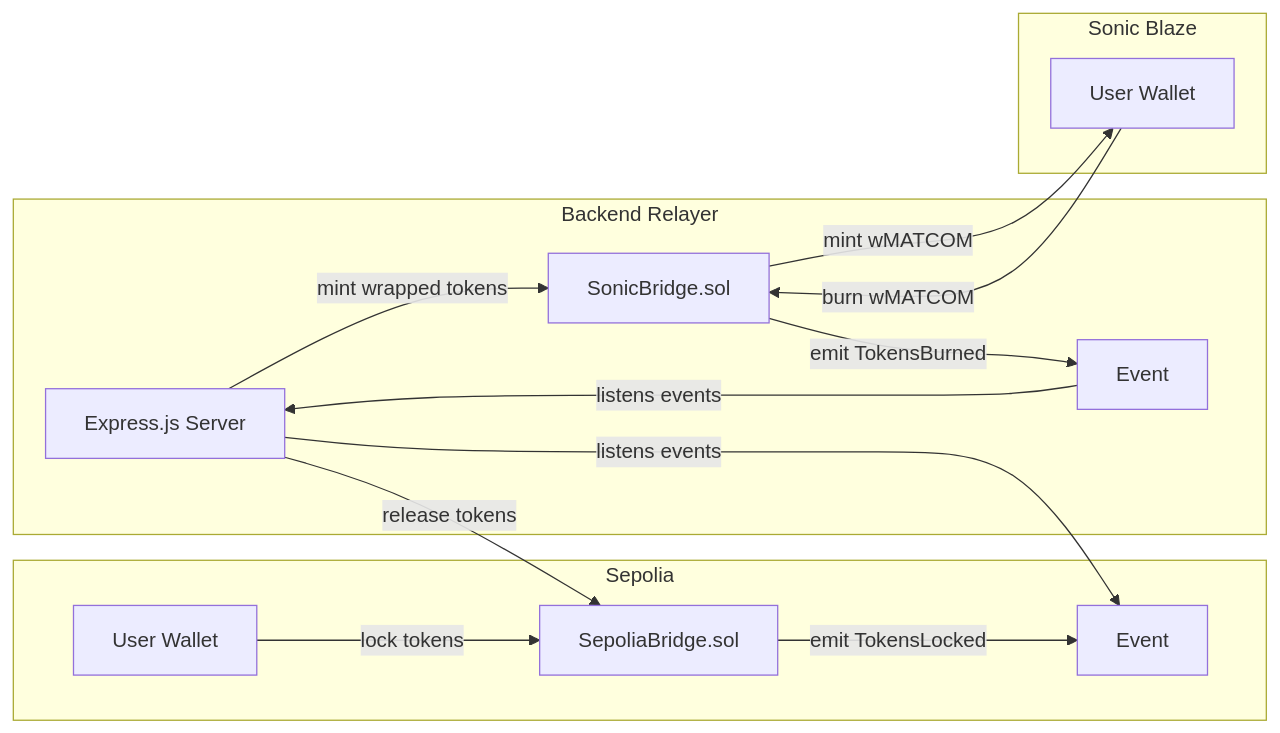
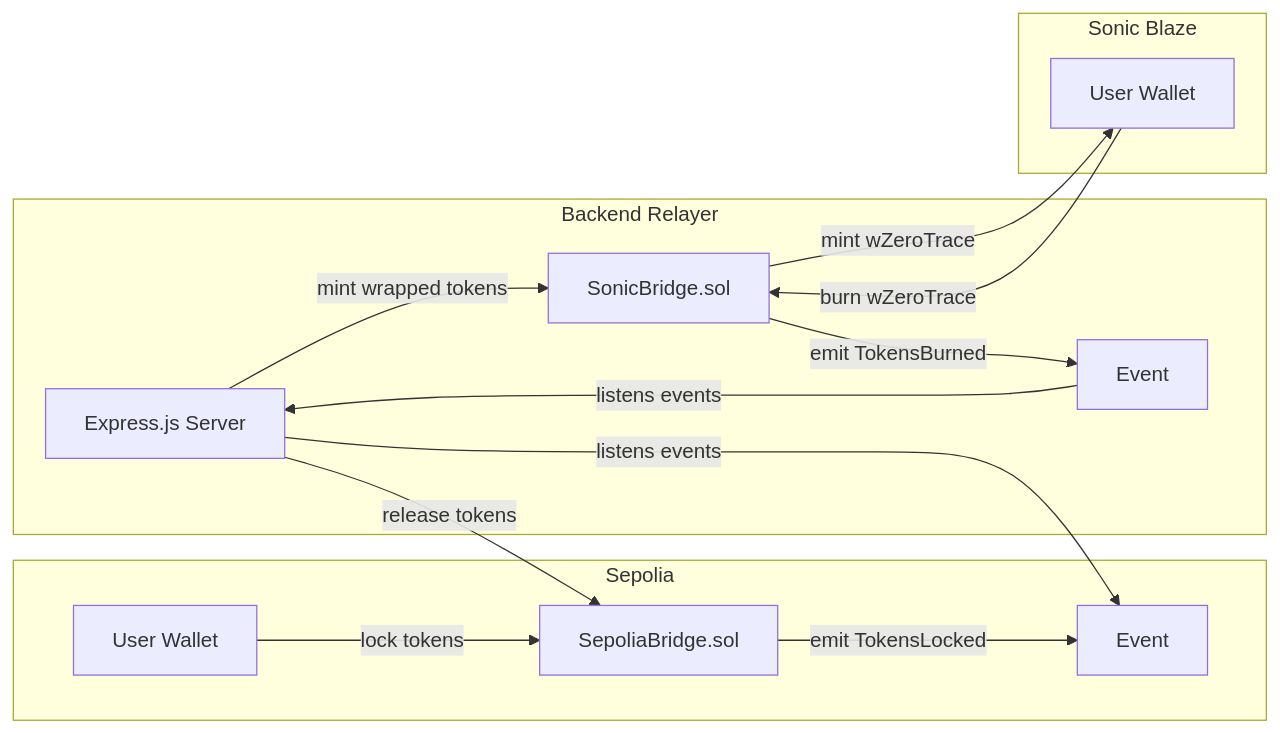
Before and after one commit to contributorsambhav/ZK-Bridge_MATCOM: the diagram in implementation.md, drawn with Mermaid. The commit also changed other lines of this file and 24 other files, not shown here.

Commit message:
refactor: rename project from MATCOM to ZeroTrace across all backend, blockchain, and frontend components

````diff
--- a/implementation.md
+++ b/implementation.md
@@ -16,20 +16,20 @@
 ```mermaid
 graph LR
     subgraph Sepolia
         A[User Wallet] -->|lock tokens| B[SepoliaBridge.sol]
         B -->|emit TokensLocked| C[Event]
     end
 
     subgraph Backend Relayer
         D[Express.js Server] -->|listens events| C
         D -->|mint wrapped tokens| F
         D -->|release tokens| B
         E[Event] -->|listens events| D
     end
 
     subgraph Sonic Blaze
-        F[SonicBridge.sol] -->|mint wMATCOM| G[User Wallet]
-        G -->|burn wMATCOM| F
+        F[SonicBridge.sol] -->|mint wZeroTrace| G[User Wallet]
+        G -->|burn wZeroTrace| F
         F -->|emit TokensBurned| E
     end
 ```
````
